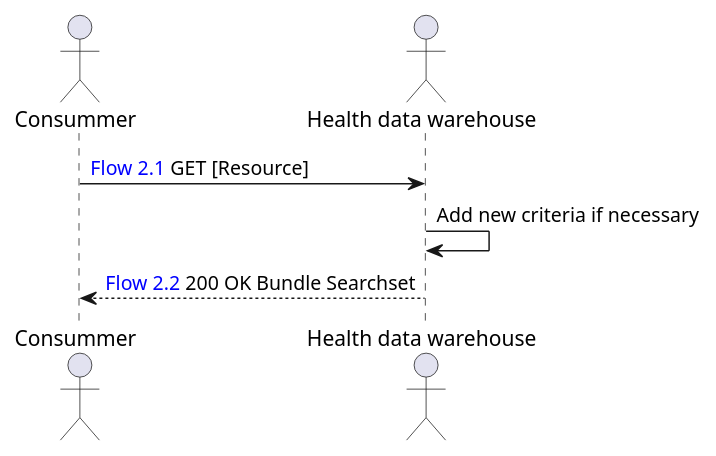
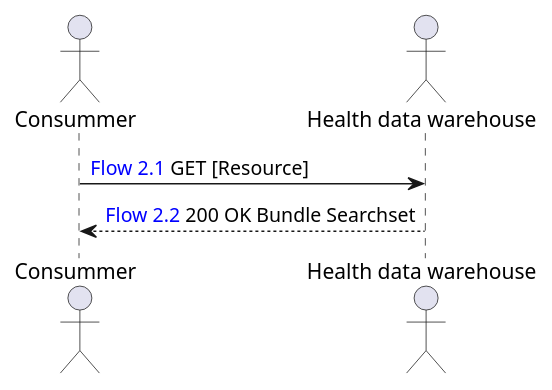
One commit to ONCOFAIR/FHIR-ImplementationGuide-Article changed the diagram in input/images-source/feasibility_study_research_flow.plantuml. Above: the diagram before and after it, drawn with PlantUML. The commit also changed 2 other files, not shown here.

Commit message:
maj diagramme flux

```diff
--- a/input/images-source/feasibility_study_research_flow.plantuml
+++ b/input/images-source/feasibility_study_research_flow.plantuml
@@ -1,8 +1,7 @@
 @startuml
 actor "Consummer" as C
 actor "Health data warehouse" as EDS
 
 C -> EDS: <color:blue>Flow 2.1</color> GET [Resource]
-EDS -> EDS: Add new criteria if necessary
 EDS --> C: <color:blue>Flow 2.2</color> 200 OK Bundle Searchset
 @enduml
```
